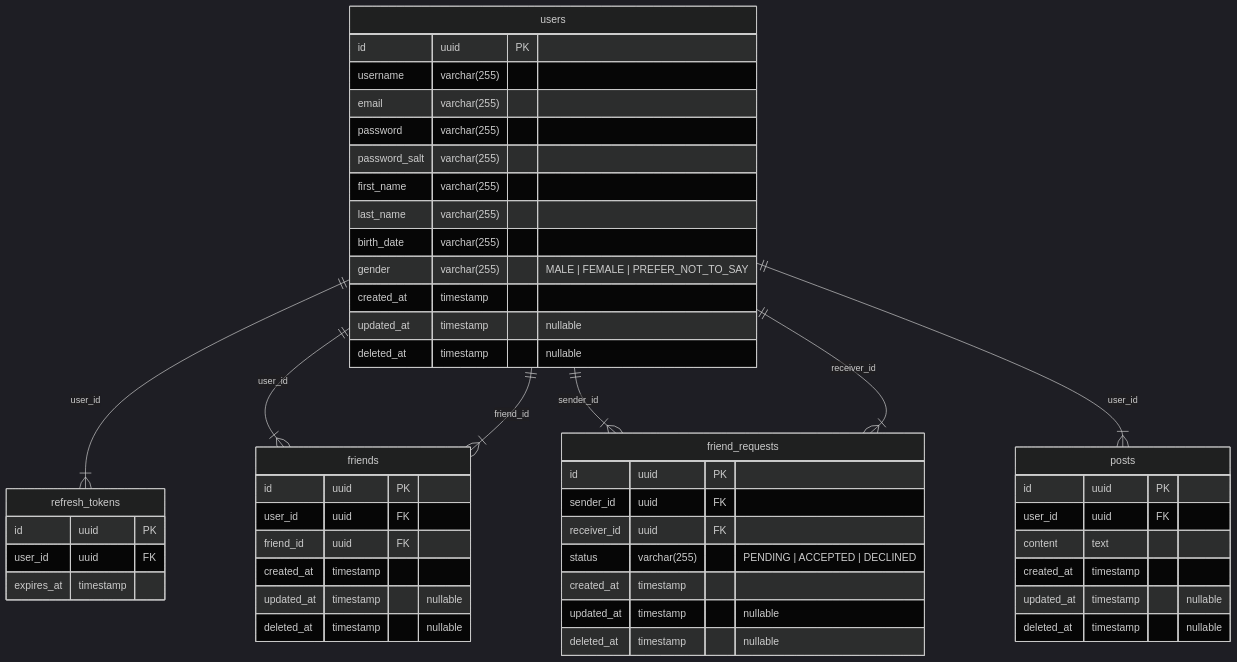
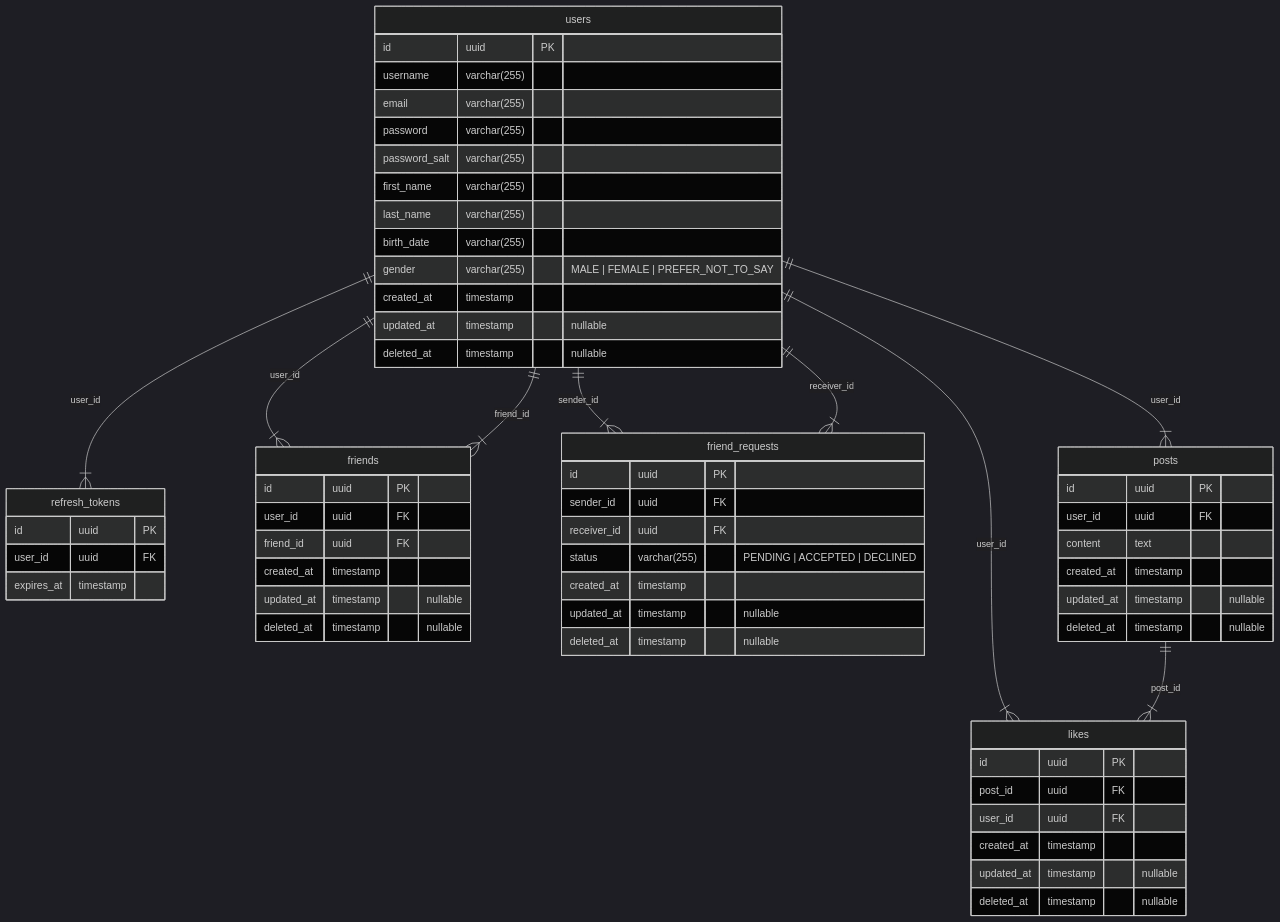
Before and after one commit to fredrikj31/thoughts: the diagram in docs/database-structure.md, drawn with Mermaid (dark theme).

Commit message:
docs(database): updates database structure with likes table

````diff
--- a/docs/database-structure.md
+++ b/docs/database-structure.md
@@ -5,58 +5,69 @@
 ```mermaid
 erDiagram
   users {
     id uuid PK
     username varchar(255)
     email varchar(255)
     password varchar(255)
     password_salt varchar(255)
     first_name varchar(255)
     last_name varchar(255)
     birth_date varchar(255)
     gender varchar(255) "MALE | FEMALE | PREFER_NOT_TO_SAY"
     created_at timestamp
     updated_at timestamp "nullable"
     deleted_at timestamp "nullable"
   }
 
   refresh_tokens {
     id uuid PK
     user_id uuid FK
     expires_at timestamp
   }
 
   friends {
     id uuid PK
     user_id uuid FK
     friend_id uuid FK
     created_at timestamp
     updated_at timestamp "nullable"
     deleted_at timestamp "nullable"
   }
 
   friend_requests {
     id uuid PK
     sender_id uuid FK
     receiver_id uuid FK
     status varchar(255) "PENDING | ACCEPTED | DECLINED"
     created_at timestamp
     updated_at timestamp "nullable"
     deleted_at timestamp "nullable"
   }
 
   posts {
     id uuid PK
     user_id uuid FK
     content text
     created_at timestamp
     updated_at timestamp "nullable"
     deleted_at timestamp "nullable"
   }
 
+  likes {
+    id uuid PK
+    post_id uuid FK
+    user_id uuid FK
+    created_at timestamp
+    updated_at timestamp "nullable"
+    deleted_at timestamp "nullable"
+  }
+
   users ||--|{ refresh_tokens : user_id
   users ||--|{ friends : user_id
   users ||--|{ friends : friend_id
   users ||--|{ friend_requests : sender_id
   users ||--|{ friend_requests : receiver_id
   users ||--|{ posts : user_id
+  users ||--|{ likes : user_id
+  posts ||--|{ likes : post_id
 ```
````
